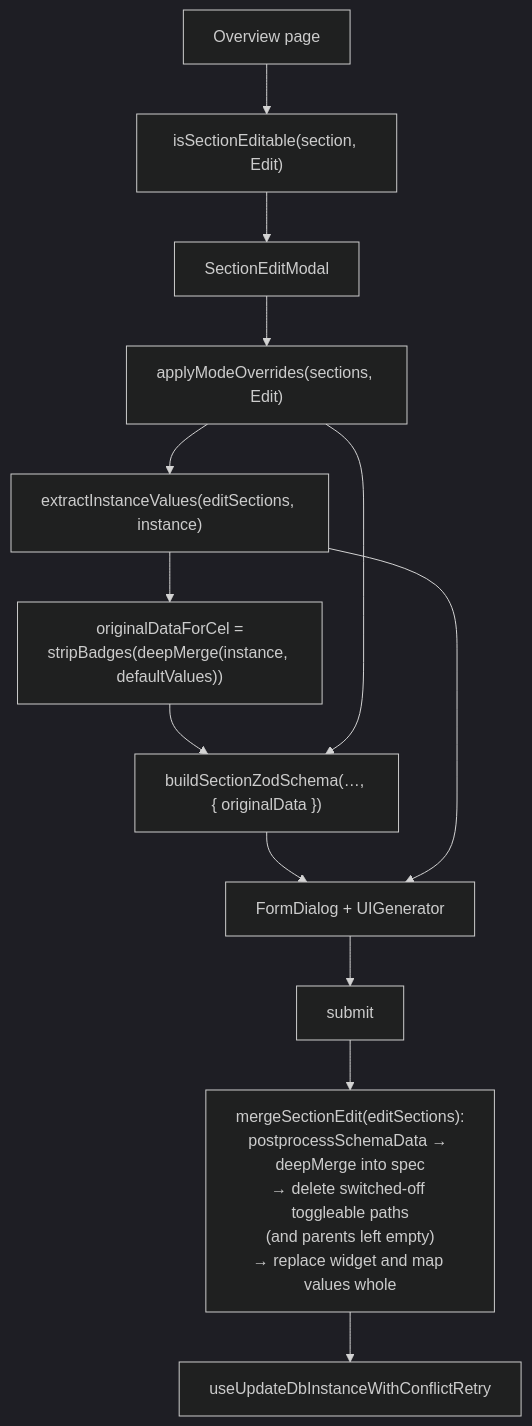
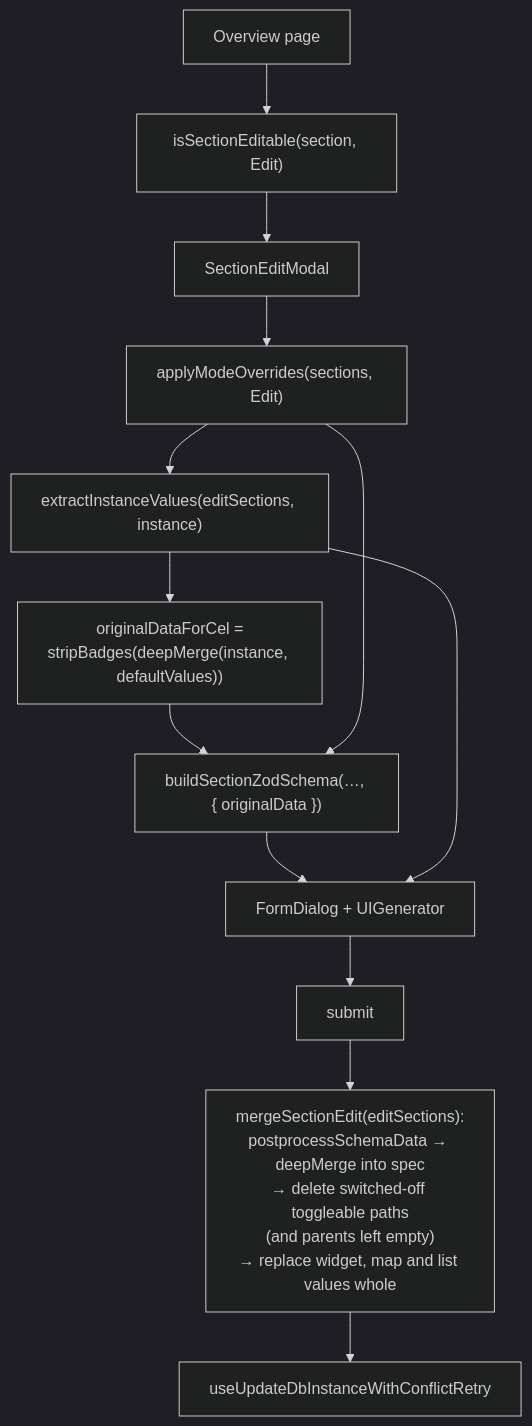
One commit to openeverest/openeverest changed the third of 3 diagrams in docs/ui/architecture/ui-generator/pipeline.md. Above: the diagram before and after it, drawn with Mermaid (dark theme). The commit also changed other lines of this file and 73 other files, not shown here.

````diff
--- a/docs/ui/architecture/ui-generator/pipeline.md
+++ b/docs/ui/architecture/ui-generator/pipeline.md
@@ -300,15 +342,15 @@
 ```mermaid
 flowchart TD
   OVERVIEW["Overview page"] --> EDITABLE["isSectionEditable(section, Edit)"]
   EDITABLE --> MODAL["SectionEditModal"]
   MODAL --> MODE["applyModeOverrides(sections, Edit)"]
   MODE --> VALUES["extractInstanceValues(editSections, instance)"]
   VALUES --> ORIGINAL["originalDataForCel =<br/>stripBadges(deepMerge(instance, defaultValues))"]
   ORIGINAL --> ZOD_EDIT["buildSectionZodSchema(…, { originalData })"]
   MODE --> ZOD_EDIT
   ZOD_EDIT --> FORM["FormDialog + UIGenerator"]
   VALUES --> FORM
   FORM --> SUBMIT["submit"]
-  SUBMIT --> MERGE["mergeSectionEdit(editSections):<br/>postprocessSchemaData → deepMerge into spec<br/>→ delete switched-off toggleable paths<br/>(and parents left empty)<br/>→ replace widget and map values whole"]
+  SUBMIT --> MERGE["mergeSectionEdit(editSections):<br/>postprocessSchemaData → deepMerge into spec<br/>→ delete switched-off toggleable paths<br/>(and parents left empty)<br/>→ replace widget, map and list values whole"]
   MERGE --> UPDATE["useUpdateDbInstanceWithConflictRetry"]
 ```
````
